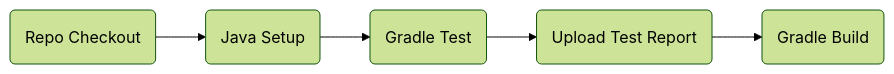
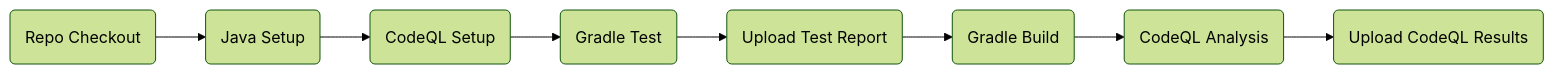
Before and after one commit to exosolarplanet/123-ASP-BornIn: the first of 2 diagrams in README.md, drawn with Mermaid (forest theme). The commit also changed other lines of this file, not shown here.

````diff
--- a/README.md
+++ b/README.md
@@ -47,4 +46,4 @@
 ```mermaid
 flowchart LR
-    id1(Repo Checkout) --> id2(Java Setup) --> id3(Gradle Test) --> id4(Upload Test Report) --> id5(Gradle Build)
+    id1(Repo Checkout) --> id2(Java Setup) --> id3(CodeQL Setup) --> id4(Gradle Test) --> id5(Upload Test Report) --> id6(Gradle Build) --> id7(CodeQL Analysis) --> id8(Upload CodeQL Results)
 ```
````
